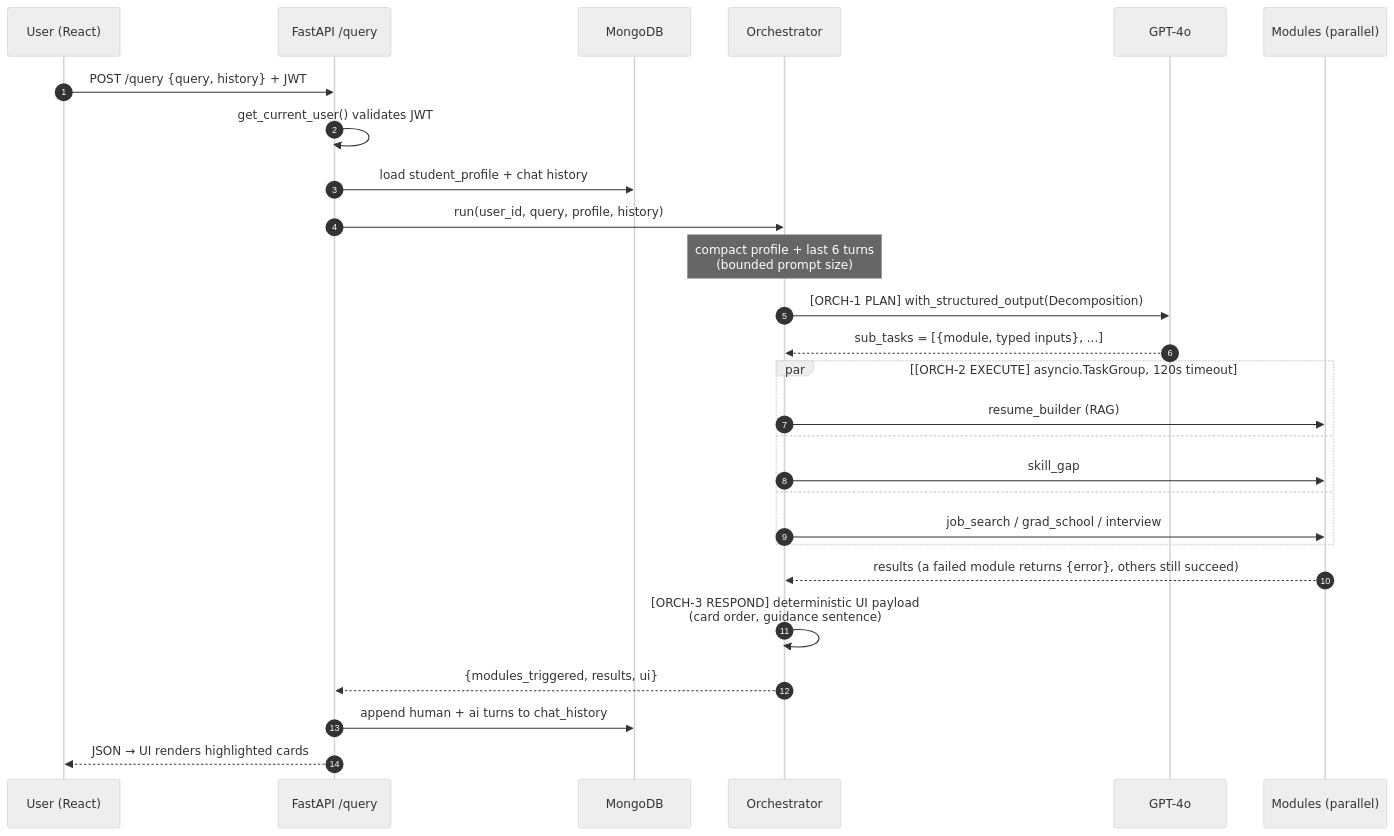
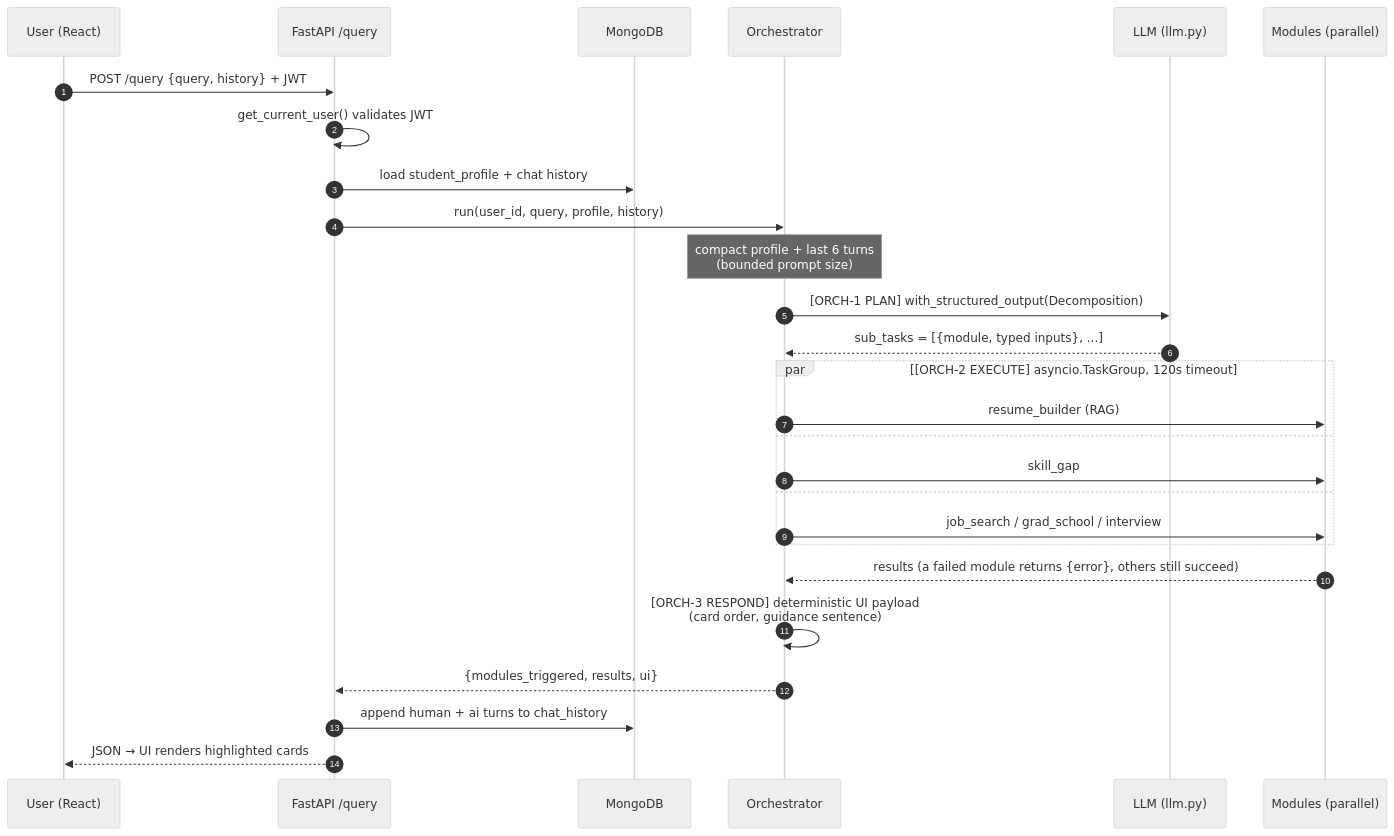
The second of 4 diagrams in README.md (AmulyaRayabhagi05/RAG-Based-Career-Prep), drawn with Mermaid (neutral theme) before and after one commit. The commit also changed other lines of this file and 17 other files, not shown here.

````diff
--- a/README.md
+++ b/README.md
@@ -134,30 +134,30 @@
 ```mermaid
 sequenceDiagram
     autonumber
     participant U as User (React)
     participant API as FastAPI /query
     participant DB as MongoDB
     participant O as Orchestrator
-    participant L as GPT-4o
+    participant L as LLM (llm.py)
     participant M as Modules (parallel)
 
     U->>API: POST /query {query, history} + JWT
     API->>API: get_current_user() validates JWT
     API->>DB: load student_profile + chat history
     API->>O: run(user_id, query, profile, history)
     Note over O: compact profile + last 6 turns<br/>(bounded prompt size)
     O->>L: [ORCH-1 PLAN] with_structured_output(Decomposition)
     L-->>O: sub_tasks = [{module, typed inputs}, ...]
     par [ORCH-2 EXECUTE] asyncio.TaskGroup, 120s timeout
         O->>M: resume_builder (RAG)
     and
         O->>M: skill_gap
     and
         O->>M: job_search / grad_school / interview
     end
     M-->>O: results (a failed module returns {error}, others still succeed)
     O->>O: [ORCH-3 RESPOND] deterministic UI payload<br/>(card order, guidance sentence)
     O-->>API: {modules_triggered, results, ui}
     API->>DB: append human + ai turns to chat_history
     API-->>U: JSON → UI renders highlighted cards
 ```
````
